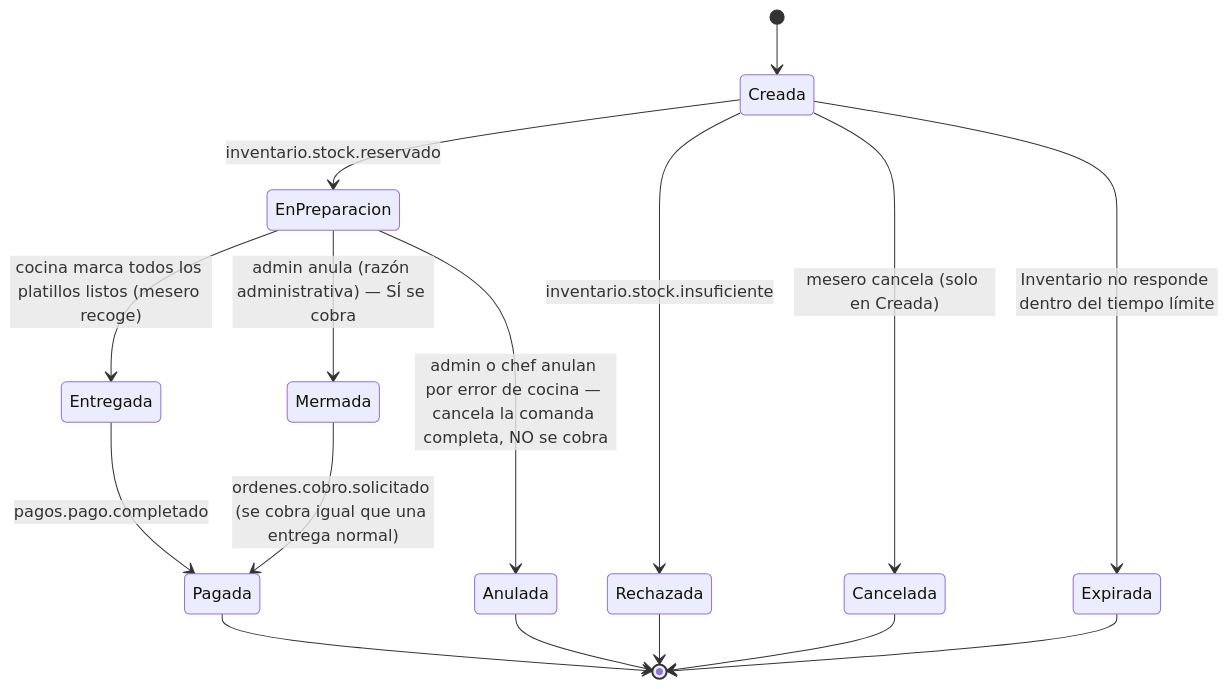
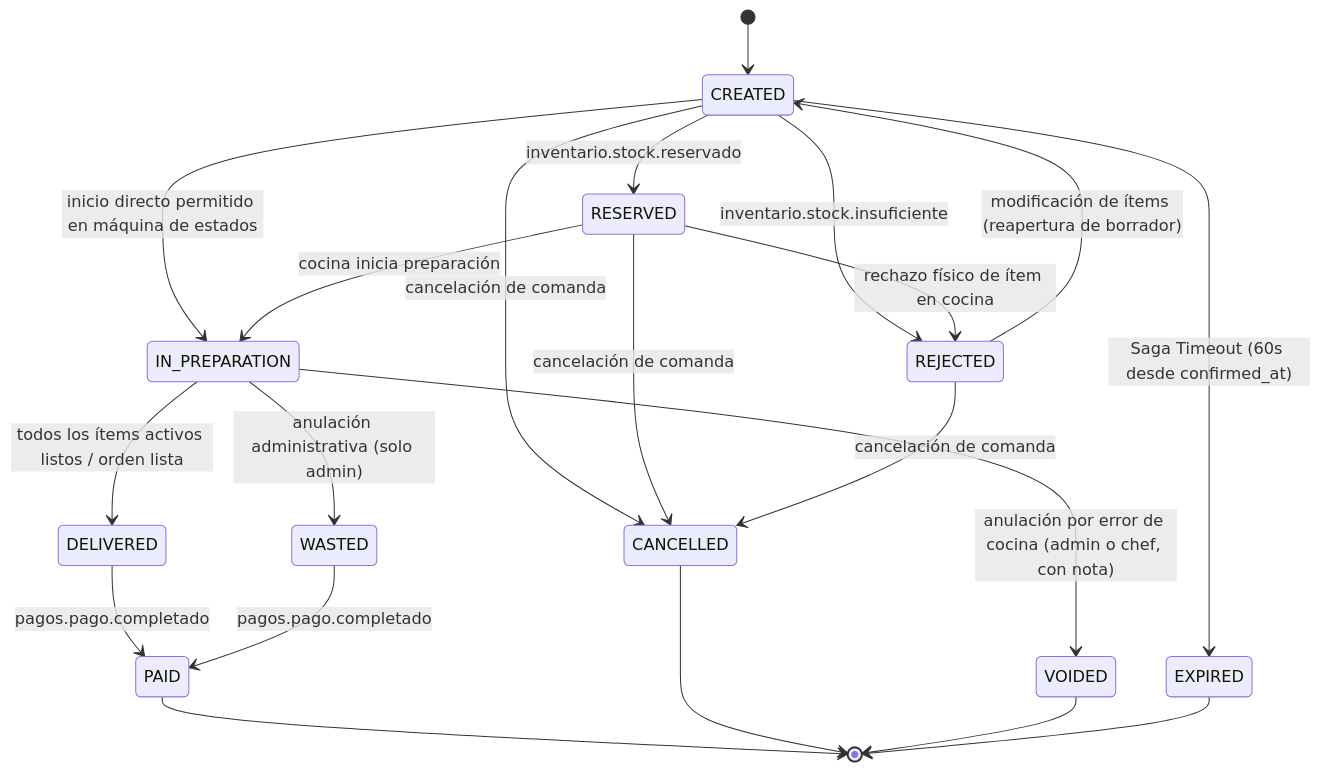
Before and after one commit to FMAT-Restaurant/OrdersKDS-Backend: the diagram in docs/ERS_ordeneskds.md, drawn with Mermaid. The commit also changed other lines of this file and 3 other files, not shown here.

````diff
--- a/docs/ERS_ordeneskds.md
+++ b/docs/ERS_ordeneskds.md
@@ -56,18 +51,23 @@
 ```mermaid
 stateDiagram-v2
-    [*] --> Creada
-    Creada --> EnPreparacion: inventario.stock.reservado
-    Creada --> Rechazada: inventario.stock.insuficiente
-    Creada --> Cancelada: mesero cancela (solo en Creada)
-    Creada --> Expirada: Inventario no responde dentro del tiempo límite
-    EnPreparacion --> Entregada: cocina marca todos los platillos listos (mesero recoge)
-    EnPreparacion --> Mermada: admin anula (razón administrativa) — SÍ se cobra
-    EnPreparacion --> Anulada: admin o chef anulan por error de cocina — cancela la comanda completa, NO se cobra
-    Entregada --> Pagada: pagos.pago.completado
-    Mermada --> Pagada: ordenes.cobro.solicitado (se cobra igual que una entrega normal)
-    Pagada --> [*]
-    Cancelada --> [*]
-    Rechazada --> [*]
-    Anulada --> [*]
-    Expirada --> [*]
+    [*] --> CREATED
+    CREATED --> RESERVED: inventario.stock.reservado
+    CREATED --> IN_PREPARATION: inicio directo permitido en máquina de estados
+    CREATED --> REJECTED: inventario.stock.insuficiente
+    CREATED --> CANCELLED: cancelación de comanda
+    CREATED --> EXPIRED: Saga Timeout (60s desde confirmed_at)
+    RESERVED --> IN_PREPARATION: cocina inicia preparación
+    RESERVED --> REJECTED: rechazo físico de ítem en cocina
+    RESERVED --> CANCELLED: cancelación de comanda
+    REJECTED --> CREATED: modificación de ítems (reapertura de borrador)
+    REJECTED --> CANCELLED: cancelación de comanda
+    IN_PREPARATION --> DELIVERED: todos los ítems activos listos / orden lista
+    IN_PREPARATION --> WASTED: anulación administrativa (solo admin)
+    IN_PREPARATION --> VOIDED: anulación por error de cocina (admin o chef, con nota)
+    DELIVERED --> PAID: pagos.pago.completado
+    WASTED --> PAID: pagos.pago.completado
+    PAID --> [*]
+    CANCELLED --> [*]
+    VOIDED --> [*]
+    EXPIRED --> [*]
 ```
````
